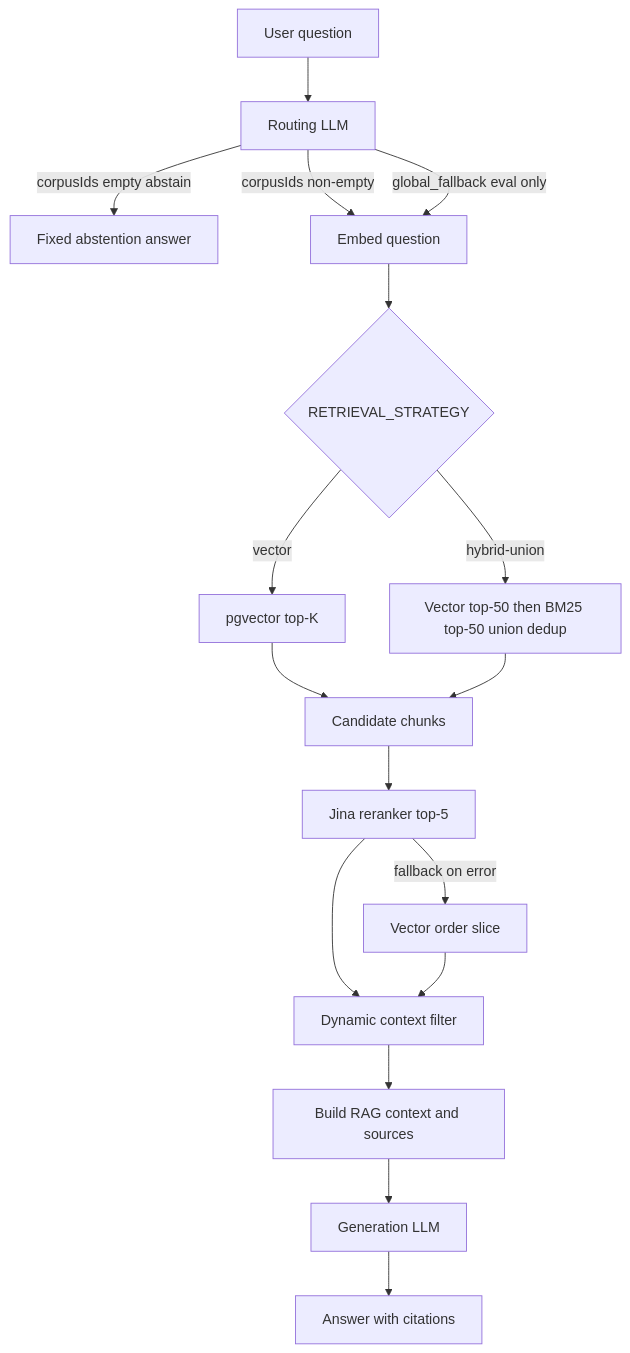
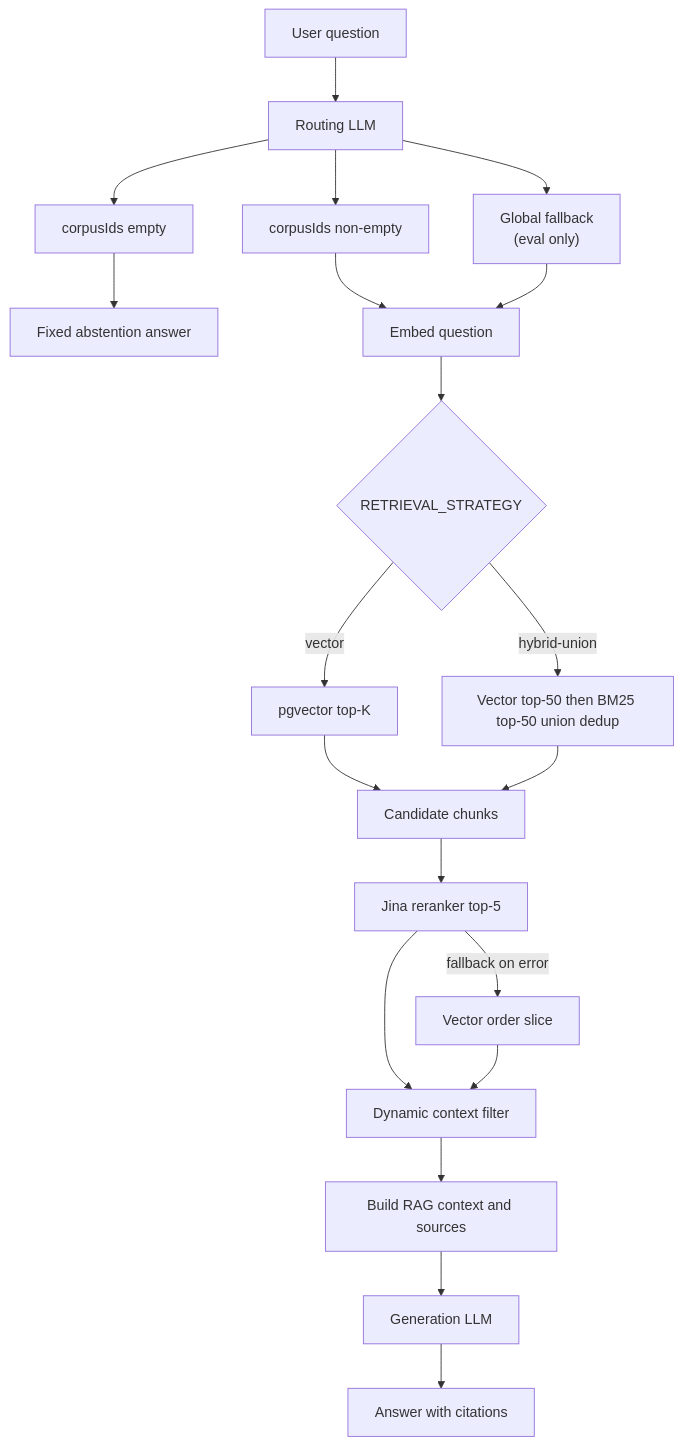
Before and after one commit to AliHammami/Legal-rag: the diagram in README.md, drawn with Mermaid.

Commit message:
docs: improve RAG architecture diagram readability

````diff
--- a/README.md
+++ b/README.md
@@ -38,19 +38,26 @@
 ```mermaid
 flowchart TD
   Q[User question] --> R[Routing LLM]
-  R -->|corpusIds empty abstain| A1[Fixed abstention answer]
-  R -->|corpusIds non-empty| E[Embed question]
-  R -->|global_fallback eval only| E
+
+  R --> D_AB[corpusIds empty]
+  D_AB --> A1[Fixed abstention answer]
+
+  R --> D_RT[corpusIds non-empty]
+  D_RT --> E[Embed question]
+
+  R --> D_GF["Global fallback<br/>(eval only)"]
+  D_GF --> E
+
   E --> RET{RETRIEVAL_STRATEGY}
   RET -->|vector| V[pgvector top-K]
   RET -->|hybrid-union| HU[Vector top-50 then BM25 top-50 union dedup]
   V --> C[Candidate chunks]
   HU --> C
   C --> J[Jina reranker top-5]
   J -->|fallback on error| C2[Vector order slice]
   J --> F[Dynamic context filter]
   C2 --> F
   F --> CTX[Build RAG context and sources]
   CTX --> G[Generation LLM]
   G --> ANS[Answer with citations]
 ```
````
